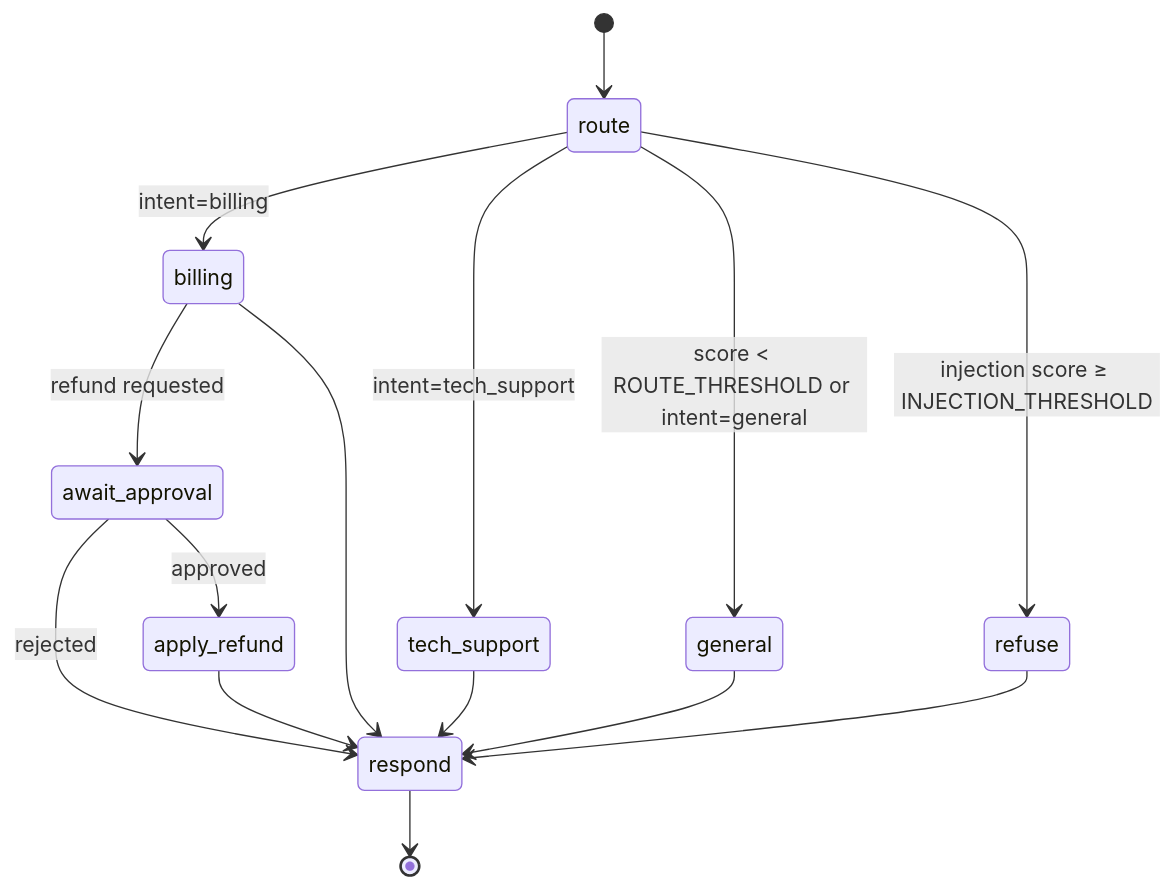
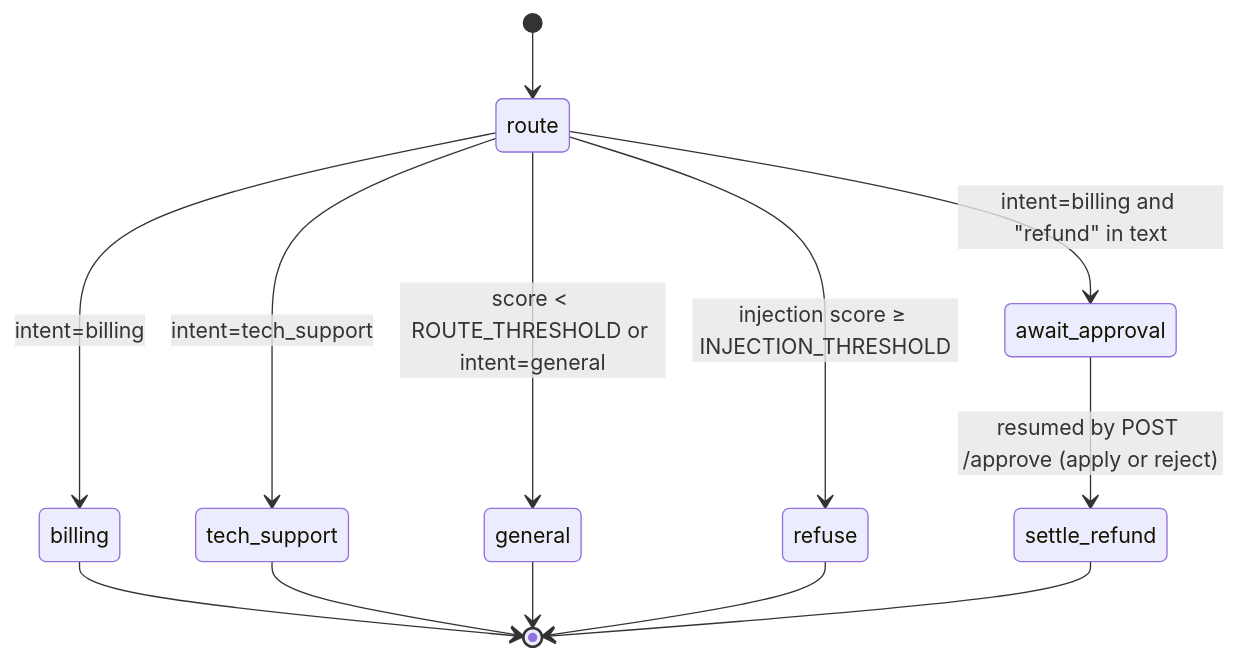
One commit to jayakumar-devaraj/enterprise-agentic-event-driven-chatbot changed the fourth of 5 diagrams in docs/architecture/LLD.md. Above: the diagram before and after it, drawn with Mermaid. The commit also changed other lines of this file and 12 other files, not shown here.

````diff
--- a/docs/architecture/LLD.md
+++ b/docs/architecture/LLD.md
@@ -119,17 +119,15 @@
 ```mermaid
 stateDiagram-v2
   [*] --> route
   route --> refuse: injection score ≥ INJECTION_THRESHOLD
+  route --> await_approval: intent=billing and "refund" in text
   route --> billing: intent=billing
   route --> tech_support: intent=tech_support
   route --> general: score < ROUTE_THRESHOLD or intent=general
-  billing --> await_approval: refund requested
-  await_approval --> apply_refund: approved
-  await_approval --> respond: rejected
-  apply_refund --> respond
-  billing --> respond
-  tech_support --> respond
-  general --> respond
-  refuse --> respond
-  respond --> [*]
+  await_approval --> settle_refund: resumed by POST /approve (apply or reject)
+  billing --> [*]
+  tech_support --> [*]
+  general --> [*]
+  refuse --> [*]
+  settle_refund --> [*]
 ```
````
